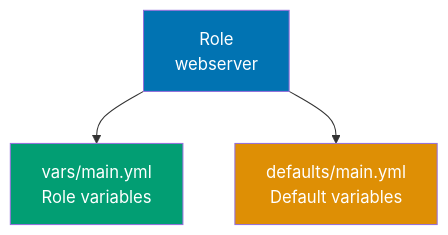
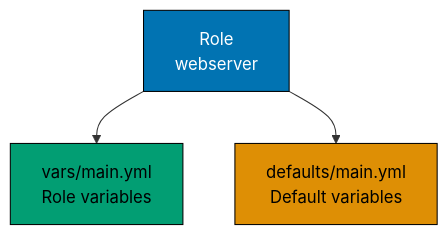
One commit to wahidyankf/ose-public changed the second of 11 diagrams in apps/ayokoding-www/content/en/learn/legacy/software-engineering/infrastructure/tools/ansible/by-example/intermediate.md. Above: the diagram before and after it, drawn with Mermaid. The commit also changed other lines of this file and 131 other files, not shown here.

First line of the commit message:
fix(mermaid): bring the legacy data, infrastructure, and testing diagrams onto the accessible palette

````diff
--- a/apps/ayokoding-www/content/en/learn/legacy/software-engineering/infrastructure/tools/ansible/by-example/intermediate.md
+++ b/apps/ayokoding-www/content/en/learn/legacy/software-engineering/infrastructure/tools/ansible/by-example/intermediate.md
@@ -37,10 +45,16 @@
 ```mermaid
 %% Color Palette: Blue #0173B2, Orange #DE8F05, Teal #029E73, Purple #CC78BC, Brown #CA9161
 graph TD
+ accTitle: Example 28: Basic Role Structure
+ accDescr: Graph with 3 nodes and 2 connections. Nodes: Role webserver, vars/main.yml Role variables, defaults/main.yml Default variables. Connections: Role webserver to vars/main.yml Role variables, Role webserver to defaults/main.yml Default variables.
  A["Role<br/>webserver"] --> F["vars/main.yml<br/>Role variables"]
  A --> G["defaults/main.yml<br/>Default variables"]
 
- style A fill:#0173B2,color:#fff
- style F fill:#029E73,color:#fff
- style G fill:#DE8F05,color:#fff
+ classDef pal-0173B2 fill:#0173B2,stroke:#000000,color:#FFFFFF
+ class A pal-0173B2
+ classDef pal-029E73 fill:#029E73,stroke:#000000,color:#000000
+ class F pal-029E73
+ classDef pal-DE8F05 fill:#DE8F05,stroke:#000000,color:#000000
+ class G pal-DE8F05
+ classDef default fill:#FFFFFF,stroke:#000000,color:#000000
 ```
````
